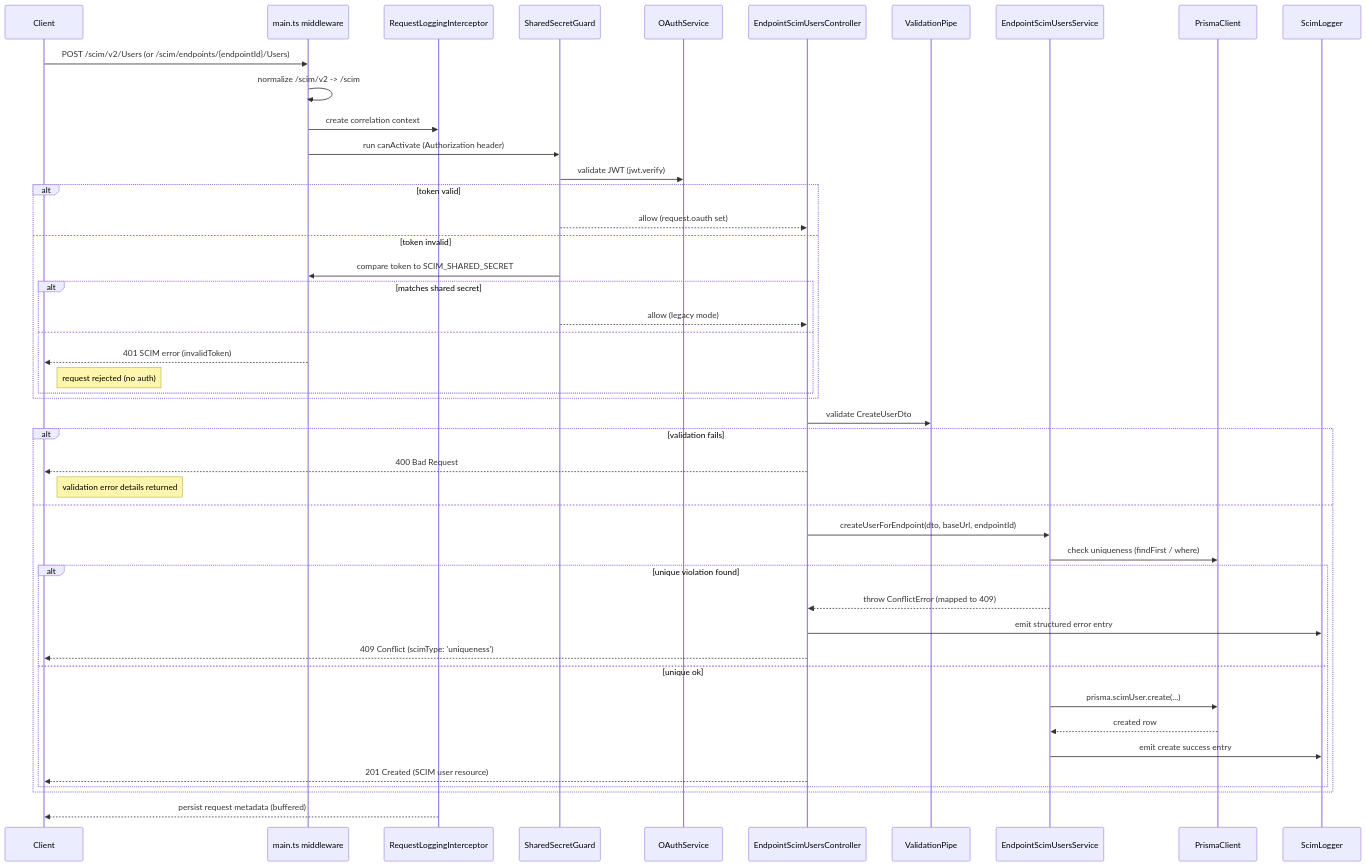
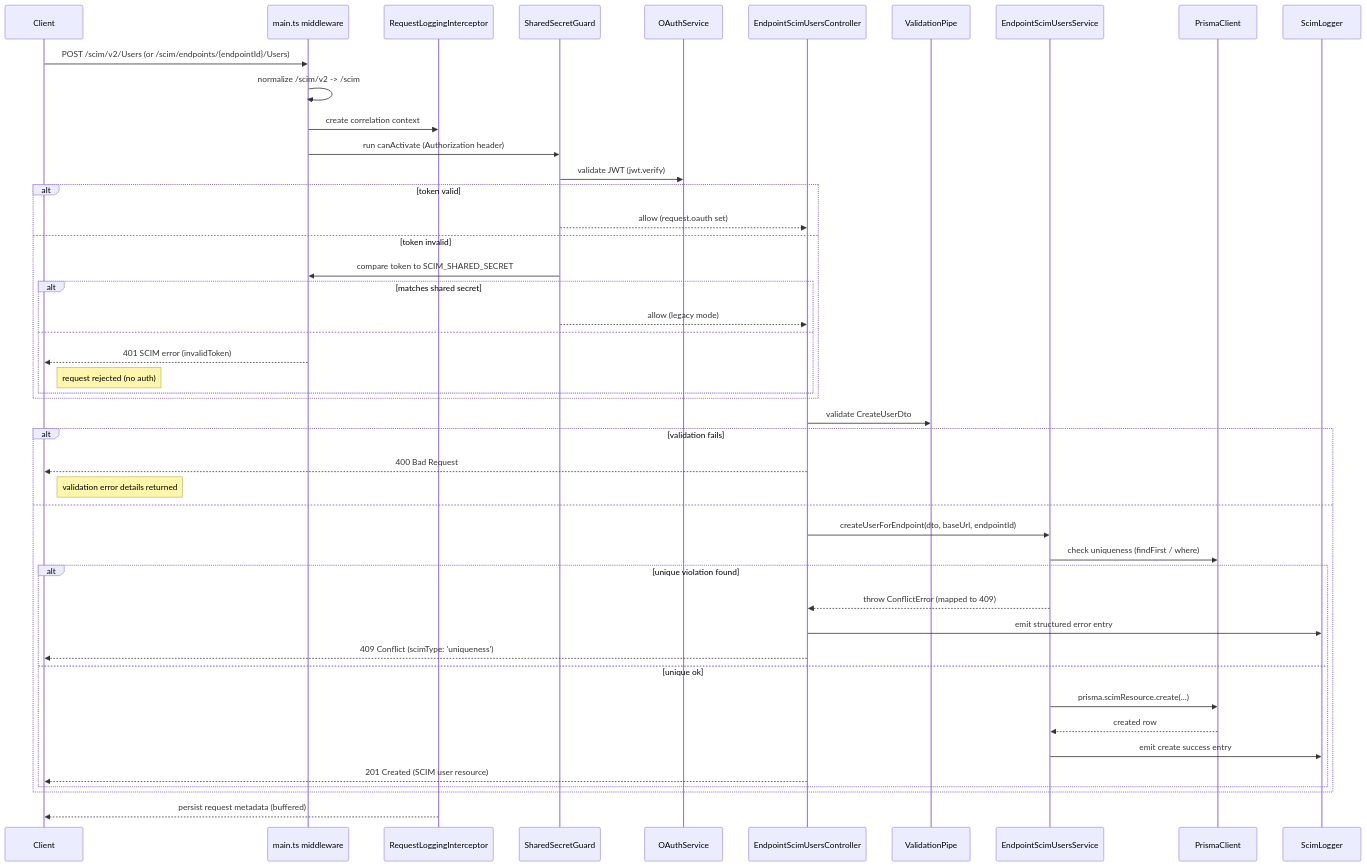
Before and after one commit to pranems/SCIMServer: the first of 2 diagrams in docs/USER_API_CALL_TRACE.md, drawn with Mermaid. The commit also changed other lines of this file and 8 other files, not shown here.

````diff
--- a/docs/USER_API_CALL_TRACE.md
+++ b/docs/USER_API_CALL_TRACE.md
@@ -136,49 +145,49 @@
 ```mermaid
 sequenceDiagram
   participant Client
   participant WebServer as main.ts middleware
   participant ReqLog as RequestLoggingInterceptor
   participant Guard as SharedSecretGuard
   participant OAuthSvc as OAuthService
   participant Controller as EndpointScimUsersController
   participant Validator as ValidationPipe
   participant Service as EndpointScimUsersService
   participant PrismaClient
   participant ScimLogger
 
   Client->>WebServer: POST /scim/v2/Users (or /scim/endpoints/{endpointId}/Users)
   WebServer->>WebServer: normalize /scim/v2 -> /scim
   WebServer->>ReqLog: create correlation context
   WebServer->>Guard: run canActivate (Authorization header)
   Guard->>OAuthSvc: validate JWT (jwt.verify)
   alt token valid
     Guard-->>Controller: allow (request.oauth set)
   else token invalid
     Guard->>WebServer: compare token to SCIM_SHARED_SECRET
     alt matches shared secret
       Guard-->>Controller: allow (legacy mode)
     else
       WebServer-->>Client: 401 SCIM error (invalidToken)
       Note right of Client: request rejected (no auth)
     end
   end
   Controller->>Validator: validate CreateUserDto
   alt validation fails
     Controller-->>Client: 400 Bad Request
     Note right of Client: validation error details returned
   else
     Controller->>Service: createUserForEndpoint(dto, baseUrl, endpointId)
     Service->>PrismaClient: check uniqueness (findFirst / where)
     alt unique violation found
       Service-->>Controller: throw ConflictError (mapped to 409)
       Controller->>ScimLogger: emit structured error entry
       Controller-->>Client: 409 Conflict (scimType: 'uniqueness')
     else unique ok
-      Service->>PrismaClient: prisma.scimUser.create(...)
+      Service->>PrismaClient: prisma.scimResource.create(...)
       PrismaClient-->>Service: created row
       Service->>ScimLogger: emit create success entry
       Controller-->>Client: 201 Created (SCIM user resource)
     end
   end
   ReqLog-->>Client: persist request metadata (buffered)
 ```
````
